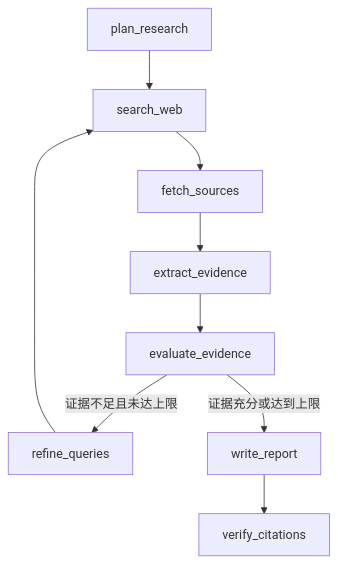
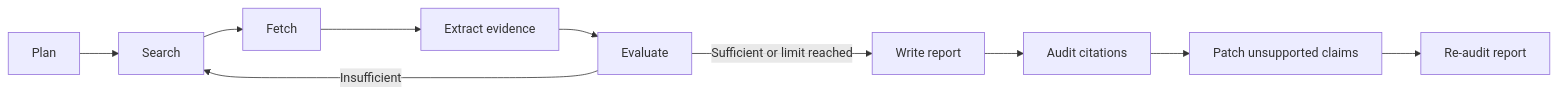
Before and after one commit to Vonllya/EvidencePilot: the diagram in README.md, drawn with Mermaid. The commit also changed other lines of this file, not shown here.

````diff
--- a/README.md
+++ b/README.md
@@ -17,11 +18,12 @@
 ```mermaid
-flowchart TD
-    A[plan_research] --> B[search_web]
-    B --> C[fetch_sources]
-    C --> D[extract_evidence]
-    D --> E[evaluate_evidence]
-    E -->|证据不足且未达上限| F[refine_queries]
-    F --> B
-    E -->|证据充分或达到上限| G[write_report]
-    G --> H[verify_citations]
+flowchart LR
+    A[Plan] --> B[Search]
+    B --> C[Fetch]
+    C --> D[Extract evidence]
+    D --> E[Evaluate]
+    E -->|Insufficient| B
+    E -->|Sufficient or limit reached| F[Write report]
+    F --> G[Audit citations]
+    G --> H[Patch unsupported claims]
+    H --> I[Re-audit report]
 ```
````
